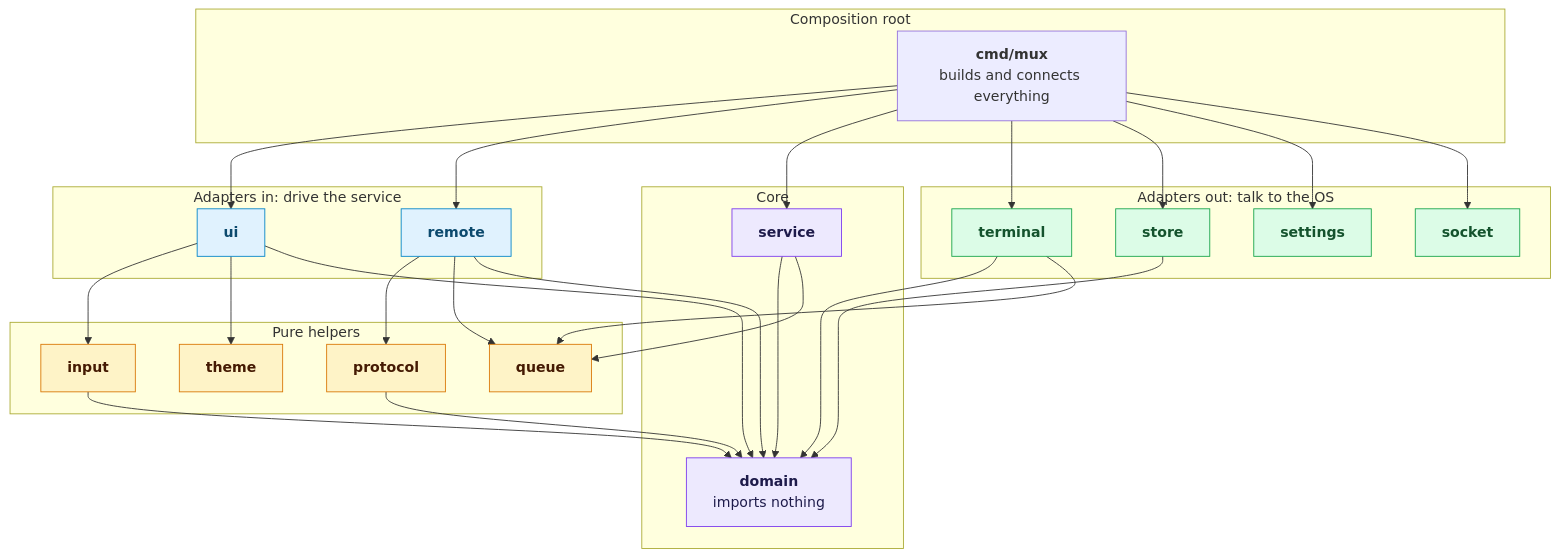
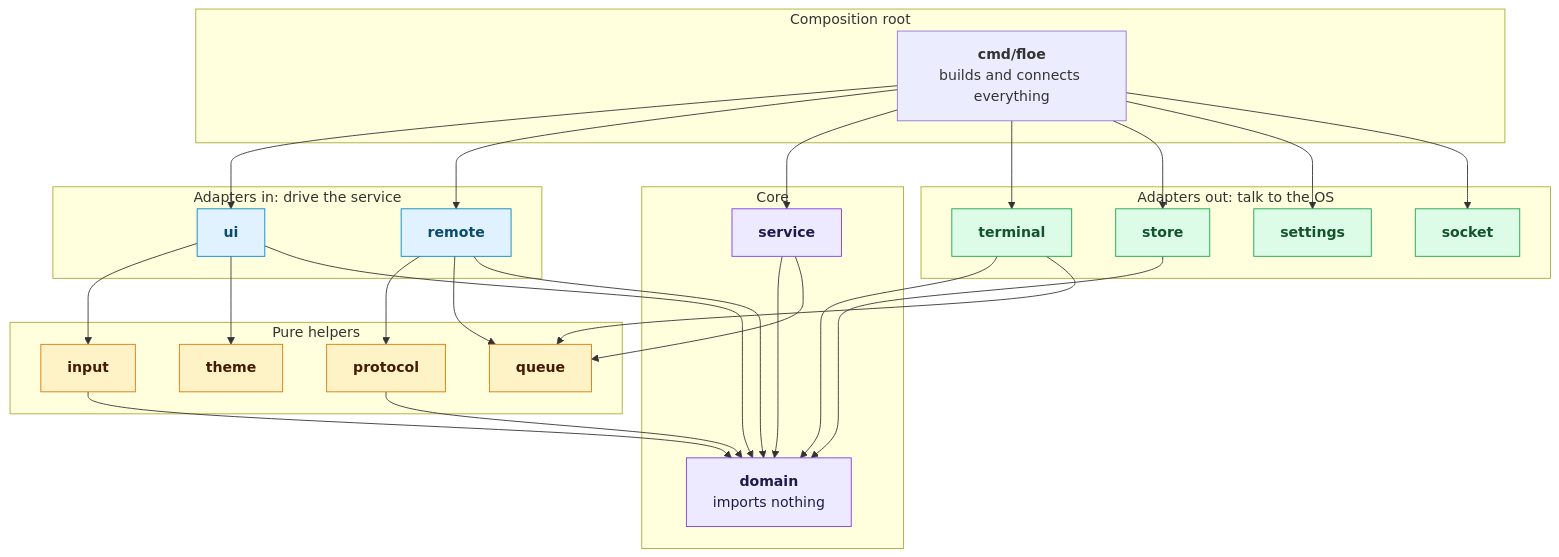
One commit to thomassbooth/floe changed the second of 3 diagrams in ARCHITECTURE.md. Above: the diagram before and after it, drawn with Mermaid. The commit also changed other lines of this file and 72 other files, not shown here.

First line of the commit message:
Rename mux to floe

````diff
--- a/ARCHITECTURE.md
+++ b/ARCHITECTURE.md
@@ -51,48 +51,48 @@
 ```mermaid
 flowchart TB
     subgraph root["Composition root"]
-        cmd["<b>cmd/mux</b><br/>builds and connects everything"]
+        cmd["<b>cmd/floe</b><br/>builds and connects everything"]
     end
 
     subgraph adaptersIn["Adapters in: drive the service"]
         ui["<b>ui</b>"]
         remote["<b>remote</b>"]
     end
 
     subgraph adaptersOut["Adapters out: talk to the OS"]
         terminal["<b>terminal</b>"]
         store["<b>store</b>"]
         settings["<b>settings</b>"]
         socket["<b>socket</b>"]
     end
 
     subgraph core["Core"]
         service["<b>service</b>"]
         domain["<b>domain</b><br/>imports nothing"]
     end
 
     subgraph helpers["Pure helpers"]
         protocol["<b>protocol</b>"]
         input["<b>input</b>"]
         theme["<b>theme</b>"]
         queue["<b>queue</b>"]
     end
 
     cmd --> ui & remote & service & terminal & store & settings & socket
     ui --> input & theme & domain
     remote --> protocol & queue & domain
     terminal --> domain & queue
     store --> domain
     service --> domain & queue
     protocol --> domain
     input --> domain
 
     classDef coreStyle fill:#ede9fe,stroke:#7c3aed,color:#1e1b4b
     classDef inStyle fill:#e0f2fe,stroke:#0284c7,color:#0c4a6e
     classDef outStyle fill:#dcfce7,stroke:#16a34a,color:#14532d
     classDef helperStyle fill:#fef3c7,stroke:#d97706,color:#451a03
     class service,domain coreStyle
     class ui,remote inStyle
     class terminal,store,settings,socket outStyle
     class protocol,input,theme,queue helperStyle
 ```
````
